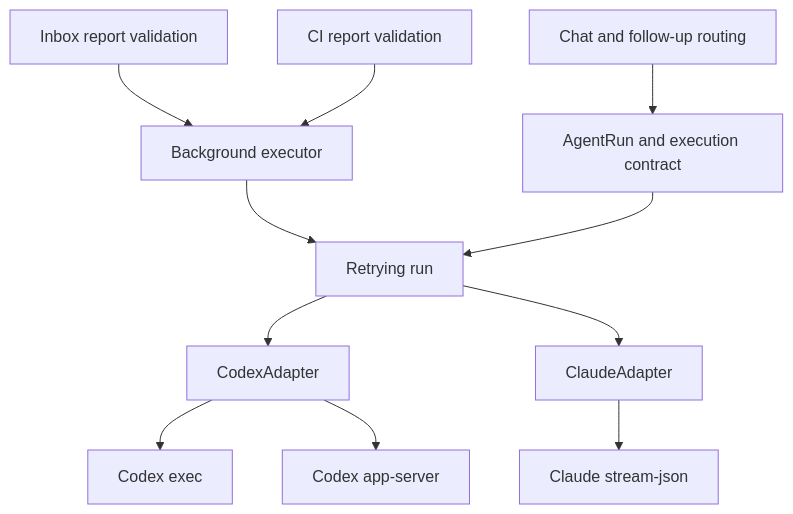
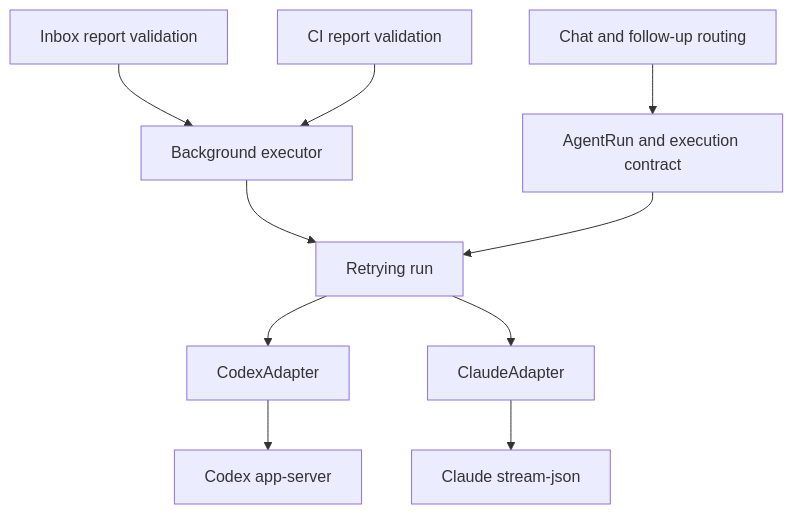
Before and after one commit to KuribohG/lark-coding-agent-bridge: the diagram in docs/agent-execution.md, drawn with Mermaid. The commit also changed other lines of this file and 25 other files, not shown here.

````diff
--- a/docs/agent-execution.md
+++ b/docs/agent-execution.md
@@ -8,13 +8,12 @@
 ```mermaid
 flowchart TD
   Chat[Chat and follow-up routing] --> Run[AgentRun and execution contract]
   Inbox[Inbox report validation] --> Background[Background executor]
   CI[CI report validation] --> Background
   Background --> Retry[Retrying run]
   Run --> Retry
   Retry --> Adapter[CodexAdapter]
-  Adapter --> Exec[Codex exec]
   Adapter --> Server[Codex app-server]
   Retry --> Claude[ClaudeAdapter]
   Claude --> Stream[Claude stream-json]
 ```
````
